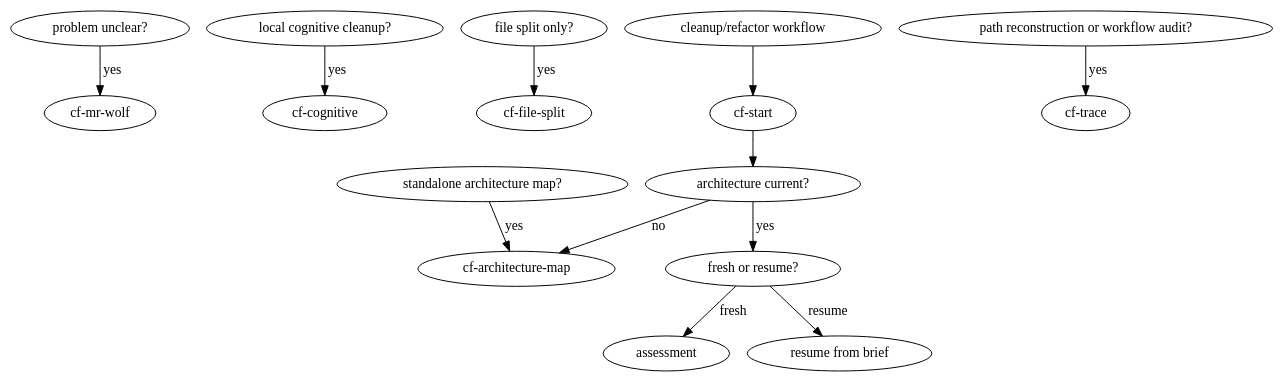
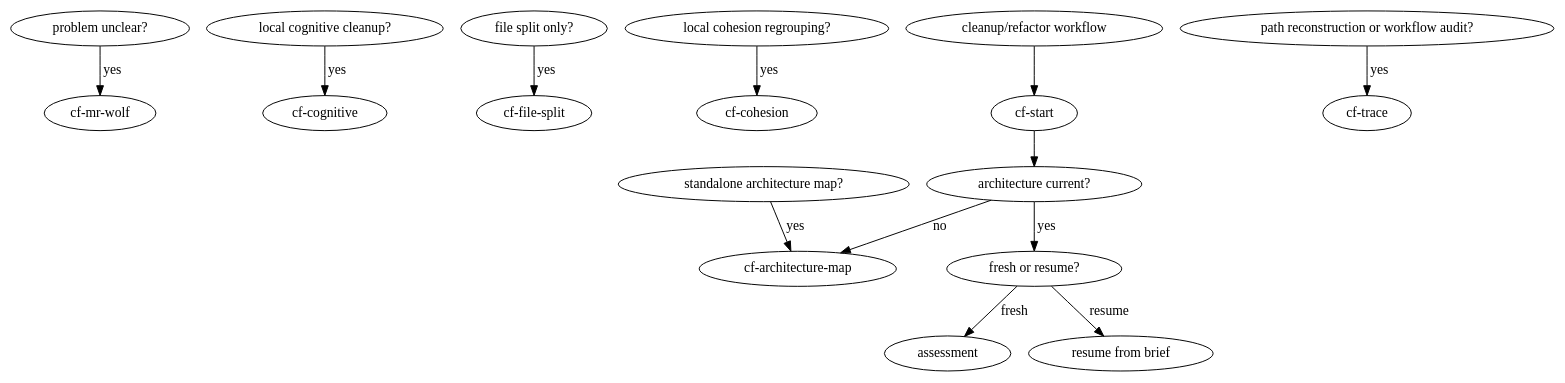
Before and after one commit to gualask/clean-flow: the first of 2 diagrams in skills/cf-start/SKILL.md, drawn with Graphviz. The commit also changed 22 other files, not shown here.

````diff
--- a/skills/cf-start/SKILL.md
+++ b/skills/cf-start/SKILL.md
@@ -22,16 +22,17 @@
 ```dot
 digraph cflow_entry {
   "problem unclear?" -> "cf-mr-wolf" [label="yes"];
   "local cognitive cleanup?" -> "cf-cognitive" [label="yes"];
   "file split only?" -> "cf-file-split" [label="yes"];
+  "local cohesion regrouping?" -> "cf-cohesion" [label="yes"];
   "standalone architecture map?" -> "cf-architecture-map" [label="yes"];
   "path reconstruction or workflow audit?" -> "cf-trace" [label="yes"];
   "cleanup/refactor workflow" -> "cf-start";
 
   "cf-start" -> "architecture current?";
   "architecture current?" -> "cf-architecture-map" [label="no"];
   "architecture current?" -> "fresh or resume?" [label="yes"];
   "fresh or resume?" -> "assessment" [label="fresh"];
   "fresh or resume?" -> "resume from brief" [label="resume"];
 }
 ```
````
